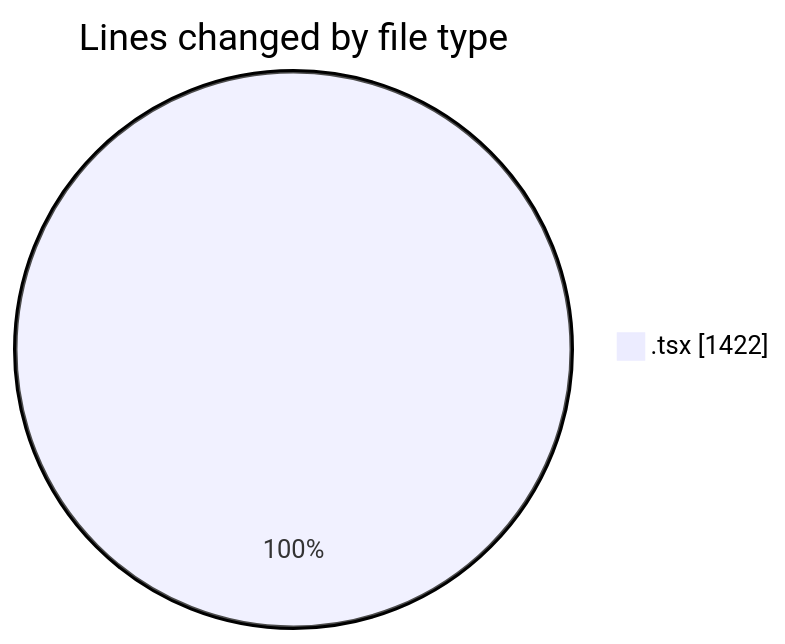
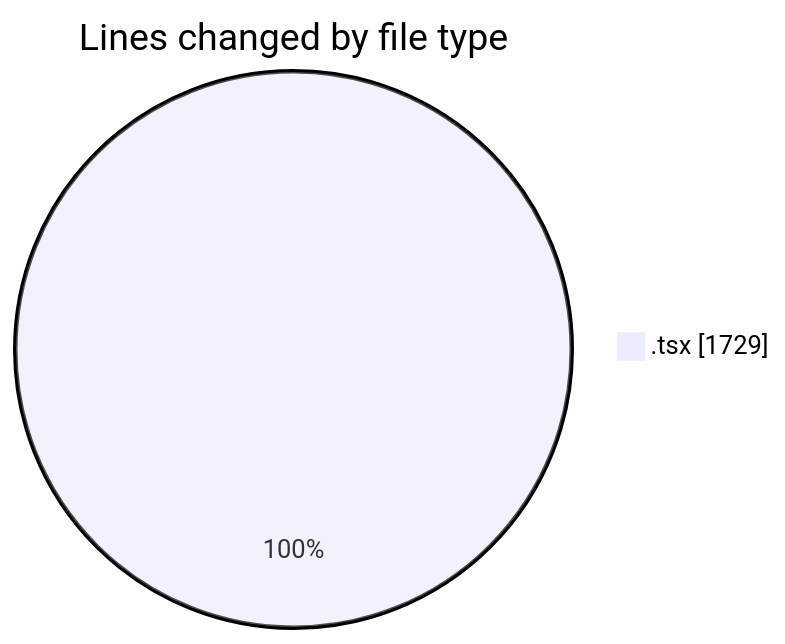
Before and after one commit to Elitesun/code-tracking: the first of 2 diagrams in 2025-05-07/niten/README.md, drawn with Mermaid. The commit also changed other lines of this file and 1 other file, not shown here.

````diff
--- a/2025-05-07/niten/README.md
+++ b/2025-05-07/niten/README.md
@@ -35,5 +35,5 @@
 ```mermaid
 pie showData
 title Lines changed by file type
-".tsx" : 1422
+".tsx" : 1729
 ```
````
